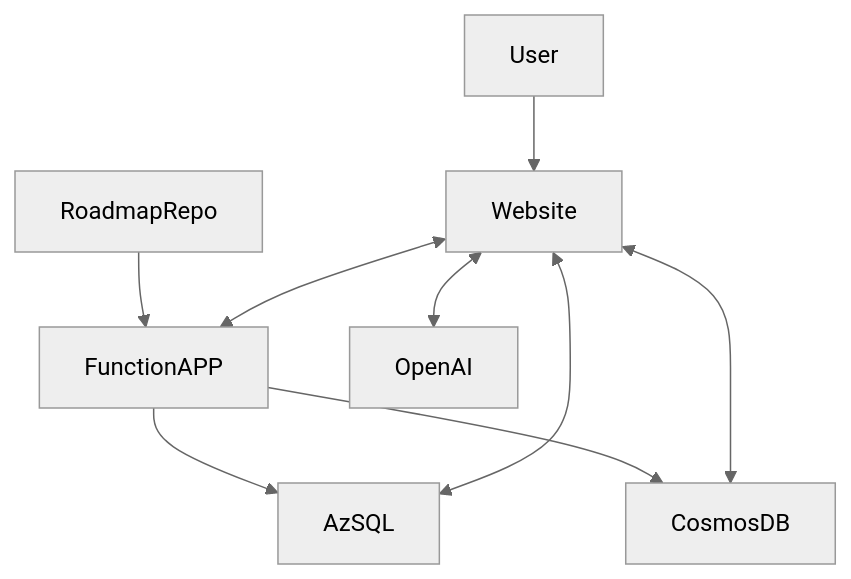
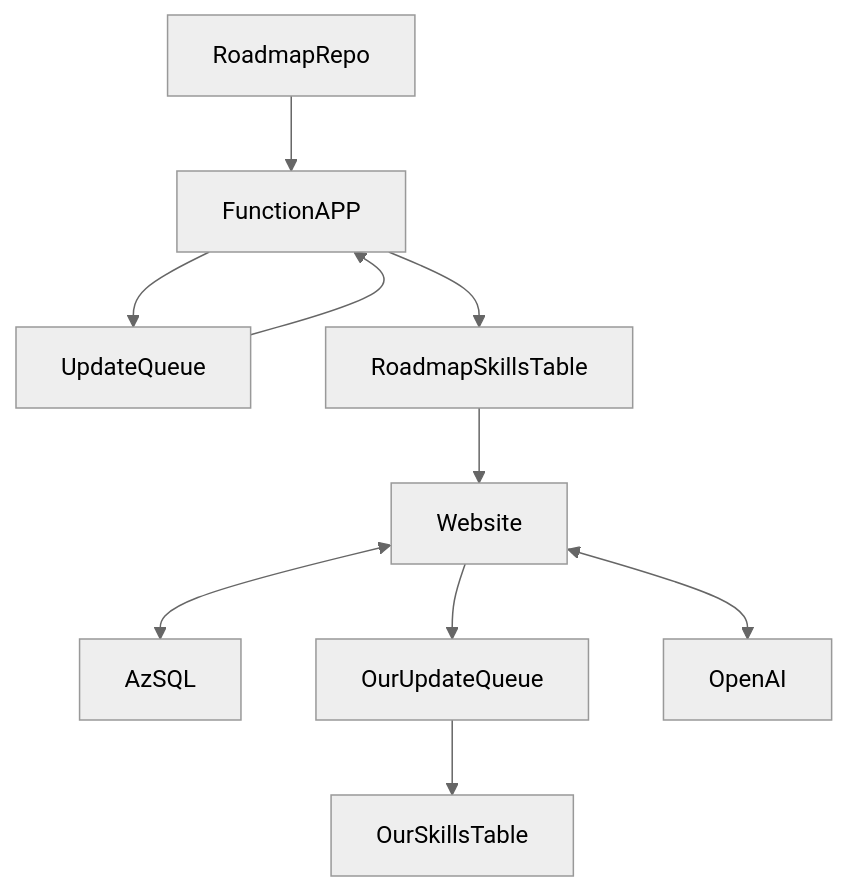
The diagram in docs/Technical Design/Graph View.md (AddisonRogers/skills-portal), drawn with Mermaid (neutral theme) before and after one commit. The commit also changed other lines of this file and 5 other files, not shown here.

Commit message:
update: reconfigure workspace, improve graph view, and secure tenant ID handling

````diff
--- a/docs/Technical Design/Graph View.md
+++ b/docs/Technical Design/Graph View.md
@@ -1,11 +1,14 @@
 ```mermaid
 graph TD
 RoadmapRepo --> FunctionAPP
-FunctionAPP --> CosmosDB
-FunctionAPP --> AzSQL
-User --> Website
+FunctionAPP --> UpdateQueue
+UpdateQueue --> FunctionAPP
+FunctionAPP --> RoadmapSkillsTable
+
 Website <--> AzSQL
-Website <--> CosmosDB
+RoadmapSkillsTable --> Website
+Website --> OurUpdateQueue
+OurUpdateQueue --> OurSkillsTable
 Website <--> OpenAI
-Website <--> FunctionAPP
+
 ```
````
